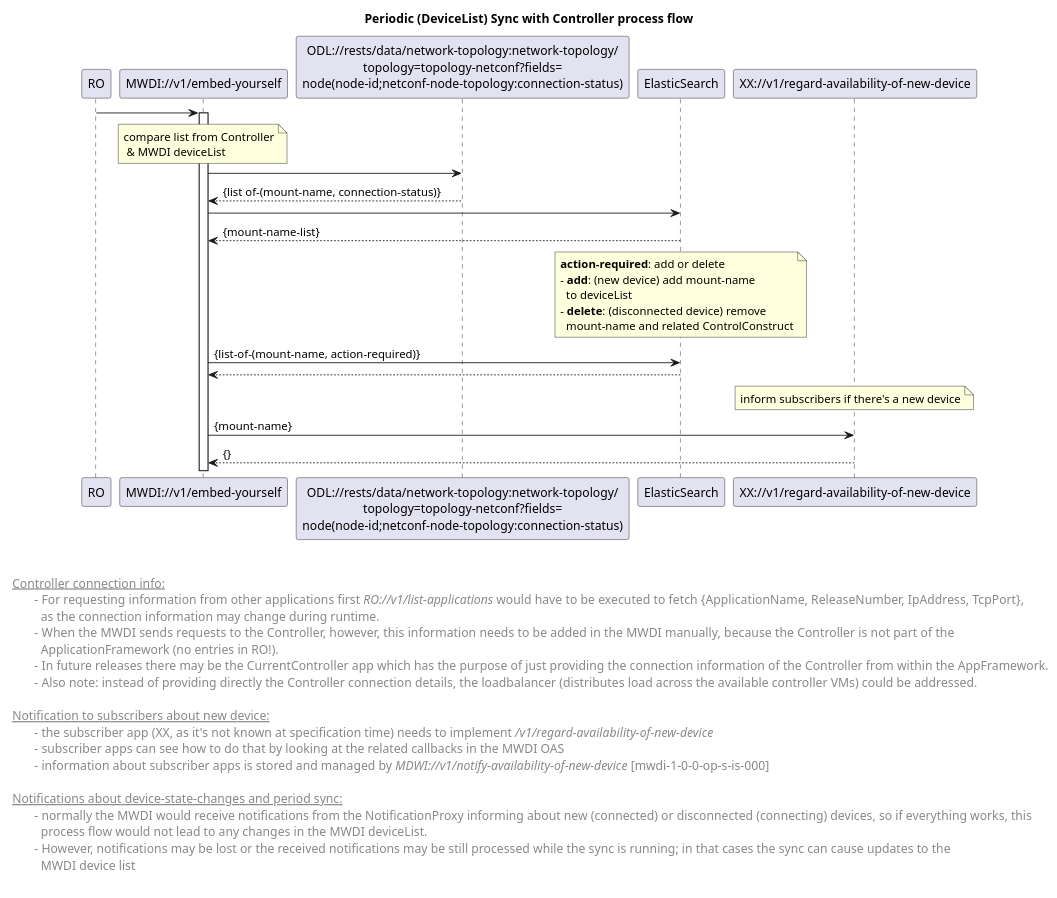
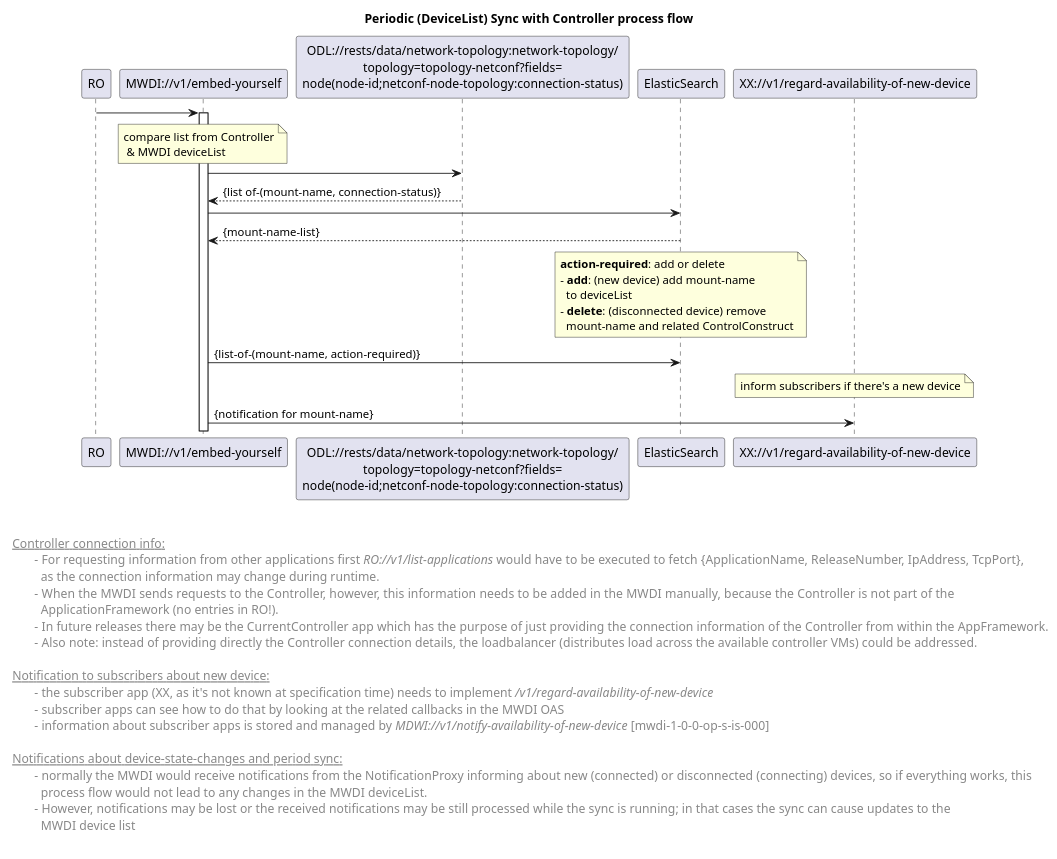
The diagram in spec/diagrams/01x_forwardingCyclicOperationDeviceListSync.plantuml (openBackhaul/MicroWaveDeviceInventory), drawn with PlantUML before and after one commit. The commit also changed 6 other files, not shown here.

```diff
--- a/spec/diagrams/01x_forwardingCyclicOperationDeviceListSync.plantuml
+++ b/spec/diagrams/01x_forwardingCyclicOperationDeviceListSync.plantuml
@@ -1,83 +1,81 @@
 @startuml
 skinparam responseMessageBelowArrow true
 skinparam guillemet [ ]
 skinparam participant {
   StereotypeFontSize 12  
 }
 hide stereotype
 
 title  Periodic (DeviceList) Sync with Controller process flow
 
 
 'participants
 participant "RO" as ro
 participant "MWDI://v1/embed-yourself" as mwdi <<mwdi-1-0-0-op-s-bm-001>>
 participant "ODL://rests/data/network-topology:network-topology/\ntopology=topology-netconf?fields=\nnode(node-id;netconf-node-topology:connection-status)" as odlConnectionStatus <<mwdi-1-0-0-op-c-is-c-4-0-2-010>>
 participant "ElasticSearch" as es <<mwdi-1-0-0-es-c-es-1-0-0-000>>
 participant "XX://v1/regard-availability-of-new-device" as notificationToXX <<mwdi-1-0-0-op-c-is-xx-1-0-0-000>>
 
 
 ro -> mwdi
 activate mwdi
 
 'get deviceList from Controller
 note over mwdi: compare list from Controller\n & MWDI deviceList
 mwdi -> odlConnectionStatus
 odlConnectionStatus --> mwdi: {list of-(mount-name, connection-status)}
 
 'get MWDI deviceList from ElasticSearch 
 mwdi -> es
 es --> mwdi: {mount-name-list}
 
 'diff both lists and process devices accordingly
 note over es
  <b>action-required</b>: add or delete
  - <b>add</b>: (new device) add mount-name 
    to deviceList
  - <b>delete</b>: (disconnected device) remove 
    mount-name and related ControlConstruct
 end note 
 
 
 mwdi -> es: {list-of-(mount-name, action-required)}
-es --> mwdi
 
 'inform subscribers about new device
 note over notificationToXX: inform subscribers if there's a new device
-mwdi -> notificationToXX: {mount-name}
-notificationToXX --> mwdi: {}
+mwdi -> notificationToXX: {notification for mount-name}
 
 
 
 left footer 
 
 
 <u> Controller connection info:</u>
 \t- For requesting information from other applications first <i>RO://v1/list-applications</i> would have to be executed to fetch {ApplicationName, ReleaseNumber, IpAddress, TcpPort}, 
 \t  as the connection information may change during runtime.
 \t-  When the MWDI sends requests to the Controller, however, this information needs to be added in the MWDI manually, because the Controller is not part of the 
 \t  ApplicationFramework (no entries in RO!). 
 \t-  In future releases there may be the CurrentController app which has the purpose of just providing the connection information of the Controller from within the AppFramework.
 \t-  Also note: instead of providing directly the Controller connection details, the loadbalancer (distributes load across the available controller VMs) could be addressed.
 
 <u> Notification to subscribers about new device:</u>
 \t- the subscriber app (XX, as it's not known at specification time) needs to implement <i>/v1/regard-availability-of-new-device</i>
 \t- subscriber apps can see how to do that by looking at the related callbacks in the MWDI OAS 
 \t- information about subscriber apps is stored and managed by <i>MDWI://v1/notify-availability-of-new-device</i> [mwdi-1-0-0-op-s-is-000]
 
 <u> Notifications about device-state-changes and period sync<u>:
 \t- normally the MWDI would receive notifications from the NotificationProxy informing about new (connected) or disconnected (connecting) devices, so if everything works, this
 \t  process flow would not lead to any changes in the MWDI deviceList.
 \t- However, notifications may be lost or the received notifications may be still processed while the sync is running; in that cases the sync can cause updates to the 
 \t  MWDI device list 
 
 end footer
 
 <style>
 footer {
   HorizontalAlignment left
   FontSize 14
 }
 </style>
 
 @enduml
```
